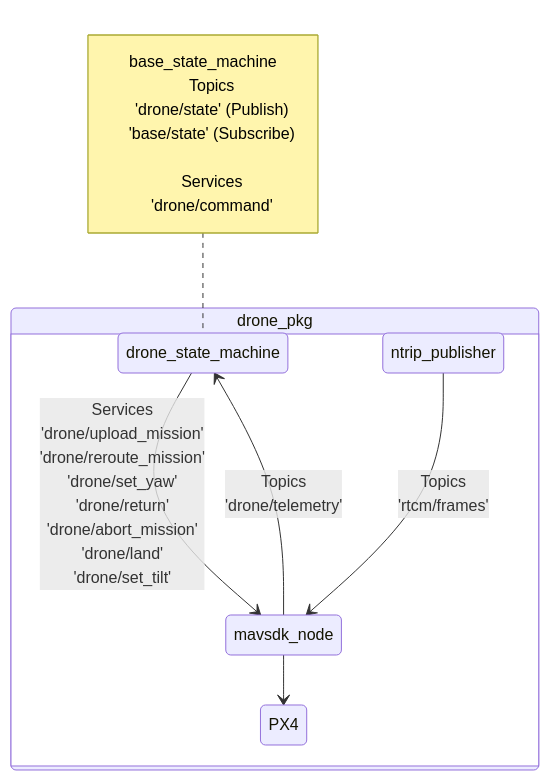
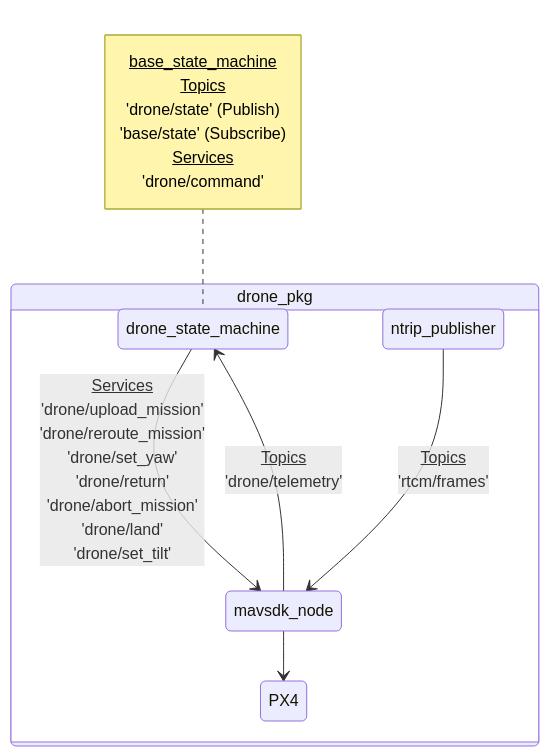
The first of 2 diagrams in README.md (matt-vanwyk/SWL_drone_ws), drawn with Mermaid before and after one commit. The commit also changed other lines of this file, not shown here.

````diff
--- a/README.md
+++ b/README.md
@@ -82,26 +82,39 @@
 ```mermaid
 stateDiagram-v2
 
+  
+
 state "drone_pkg" as mission_group {
 
-drone_state_machine --> mavsdk_node: Services<br/>'drone/upload_mission'<br/>'drone/reroute_mission'<br/>'drone/set_yaw'<br/>'drone/return'<br/>'drone/abort_mission'<br/>'drone/land'<br/>'drone/set_tilt'
+drone_state_machine --> mavsdk_node: <u>Services</u><br/>'drone/upload_mission'<br/>'drone/reroute_mission'<br/>'drone/set_yaw'<br/>'drone/return'<br/>'drone/abort_mission'<br/>'drone/land'<br/>'drone/set_tilt'
+
+  
+  
 
 mavsdk_node--> PX4
 
-mavsdk_node--> drone_state_machine: Topics<br/>'drone/telemetry'
+  
 
-ntrip_publisher--> mavsdk_node: Topics<br/>'rtcm/frames'
+mavsdk_node--> drone_state_machine: <u>Topics</u><br/>'drone/telemetry'
+
+  
+
+ntrip_publisher--> mavsdk_node: <u>Topics</u><br/>'rtcm/frames'<br/>
 
 }
 
+  
+
 note left of drone_state_machine
-    base_state_machine
-    
-    Topics
-    'drone/state' (Publish)
-    'base/state' (Subscribe)
-    
-    Services
-    'drone/command'
+
+<u>base_state_machine</u>
+
+<u>Topics</u>
+'drone/state' (Publish)
+'base/state' (Subscribe)
+
+<u>Services</u>
+'drone/command' 
+
 end note
 ```
````
